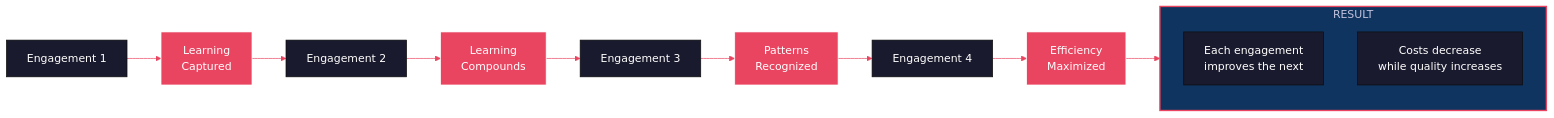
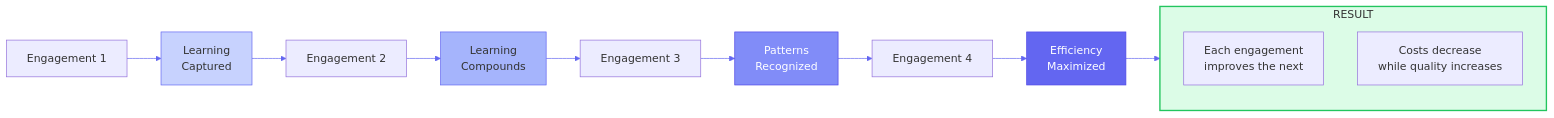
One commit to Light-Brands/light-consulting changed the ninth of 13 diagrams in docs/resources/ai-intelligence-ecosystem.md. Above: the diagram before and after it, drawn with Mermaid. The commit also changed other lines of this file, not shown here.

First line of the commit message:
Soften mermaid diagram colors for better readability

````diff
--- a/docs/resources/ai-intelligence-ecosystem.md
+++ b/docs/resources/ai-intelligence-ecosystem.md
@@ -337,24 +338,24 @@
 ```mermaid
-%%{init: {'theme': 'base', 'themeVariables': { 'primaryColor': '#1a1a2e', 'primaryTextColor': '#fff', 'lineColor': '#e94560'}}}%%
+%%{init: {'theme': 'default', 'themeVariables': { 'primaryColor': '#e0f2fe', 'primaryTextColor': '#0c4a6e', 'lineColor': '#6366f1'}}}%%
 flowchart LR
     e1["Engagement 1"] --> learn1["Learning<br/>Captured"]
     learn1 --> e2["Engagement 2"]
     e2 --> learn2["Learning<br/>Compounds"]
     learn2 --> e3["Engagement 3"]
     e3 --> learn3["Patterns<br/>Recognized"]
     learn3 --> e4["Engagement 4"]
     e4 --> learn4["Efficiency<br/>Maximized"]
 
     subgraph result["RESULT"]
         r1["Each engagement<br/>improves the next"]
         r2["Costs decrease<br/>while quality increases"]
     end
 
     learn4 --> result
 
-    style learn1 fill:#e94560,stroke:#fff,color:#fff
-    style learn2 fill:#e94560,stroke:#fff,color:#fff
-    style learn3 fill:#e94560,stroke:#fff,color:#fff
-    style learn4 fill:#e94560,stroke:#fff,color:#fff
-    style result fill:#0f3460,stroke:#e94560,stroke-width:2px
+    style learn1 fill:#c7d2fe,stroke:#6366f1
+    style learn2 fill:#a5b4fc,stroke:#6366f1
+    style learn3 fill:#818cf8,stroke:#4f46e5,color:#fff
+    style learn4 fill:#6366f1,stroke:#4f46e5,color:#fff
+    style result fill:#dcfce7,stroke:#22c55e,stroke-width:2px
 ```
````
